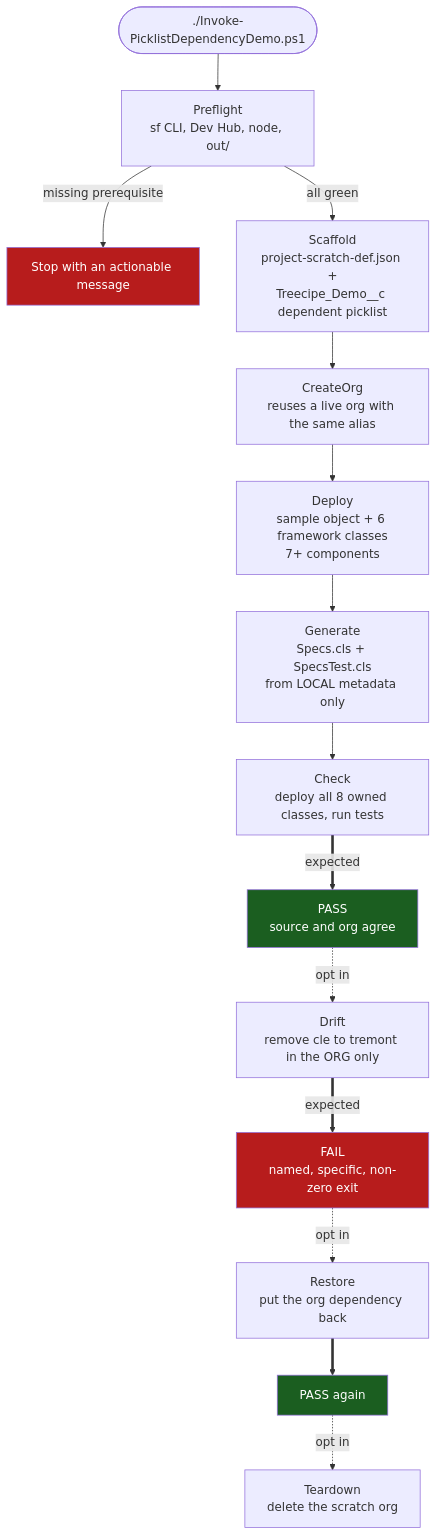
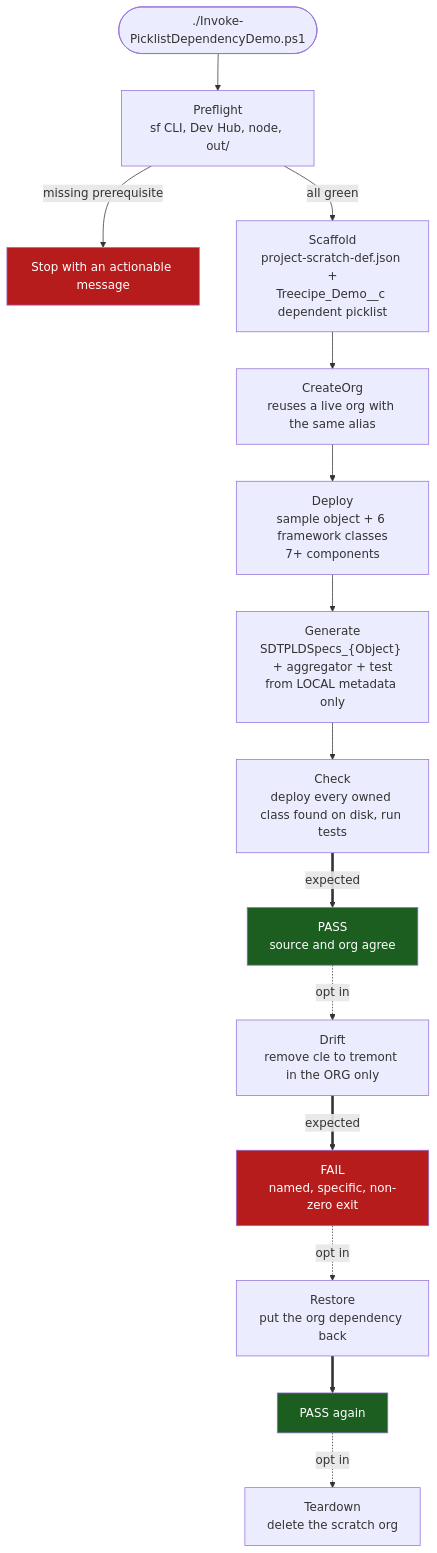
One commit to jdschleicher/Salesforce-Data-Treecipe changed the second of 8 diagrams in scripts/picklist-dependency-demo/PICKLIST-DEPENDENCY-FLOW.md. Above: the diagram before and after it, drawn with Mermaid. The commit also changed other lines of this file and 1 other file, not shown here.

First line of the commit message:
docs: add picklist dependency flow diagrams, updated for v3.0.0, plus a staleness guard

````diff
--- a/scripts/picklist-dependency-demo/PICKLIST-DEPENDENCY-FLOW.md
+++ b/scripts/picklist-dependency-demo/PICKLIST-DEPENDENCY-FLOW.md
@@ -73,26 +74,26 @@
 ```mermaid
 flowchart TD
     START(["./Invoke-PicklistDependencyDemo.ps1"]) --> PRE
 
     PRE["Preflight<br/>sf CLI, Dev Hub, node, out/"]
     PRE -->|"missing prerequisite"| STOP["Stop with an actionable message"]
     PRE -->|"all green"| SCAF
 
     SCAF["Scaffold<br/>project-scratch-def.json +<br/>Treecipe_Demo__c dependent picklist"]
     SCAF --> CREATE["CreateOrg<br/>reuses a live org with the same alias"]
     CREATE --> DEPLOY["Deploy<br/>sample object + 6 framework classes<br/>7+ components"]
-    DEPLOY --> GENERATE["Generate<br/>Specs.cls + SpecsTest.cls<br/>from LOCAL metadata only"]
-    GENERATE --> CHECK["Check<br/>deploy all 8 owned classes, run tests"]
+    DEPLOY --> GENERATE["Generate<br/>SDTPLDSpecs_{Object} + aggregator + test<br/>from LOCAL metadata only"]
+    GENERATE --> CHECK["Check<br/>deploy every owned class found on disk, run tests"]
     CHECK ==>|"expected"| PASS1["PASS<br/>source and org agree"]
 
     PASS1 -.->|"opt in"| DRIFT["Drift<br/>remove cle to tremont in the ORG only"]
     DRIFT ==>|"expected"| FAIL["FAIL<br/>named, specific, non-zero exit"]
     FAIL -.->|"opt in"| RESTORE["Restore<br/>put the org dependency back"]
     RESTORE ==> PASS2["PASS again"]
     PASS2 -.->|"opt in"| TEAR["Teardown<br/>delete the scratch org"]
 
     style PASS1 fill:#1b5e20,color:#fff
     style PASS2 fill:#1b5e20,color:#fff
     style FAIL fill:#b71c1c,color:#fff
     style STOP fill:#b71c1c,color:#fff
 ```
````
